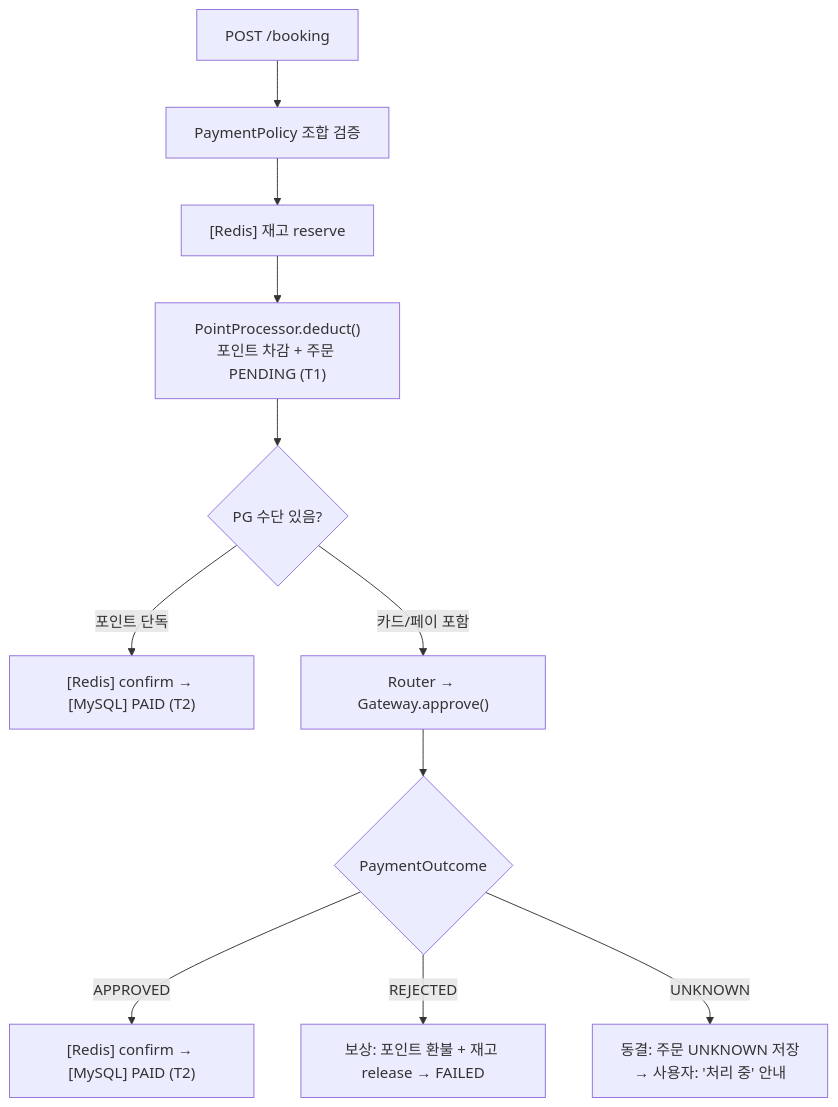
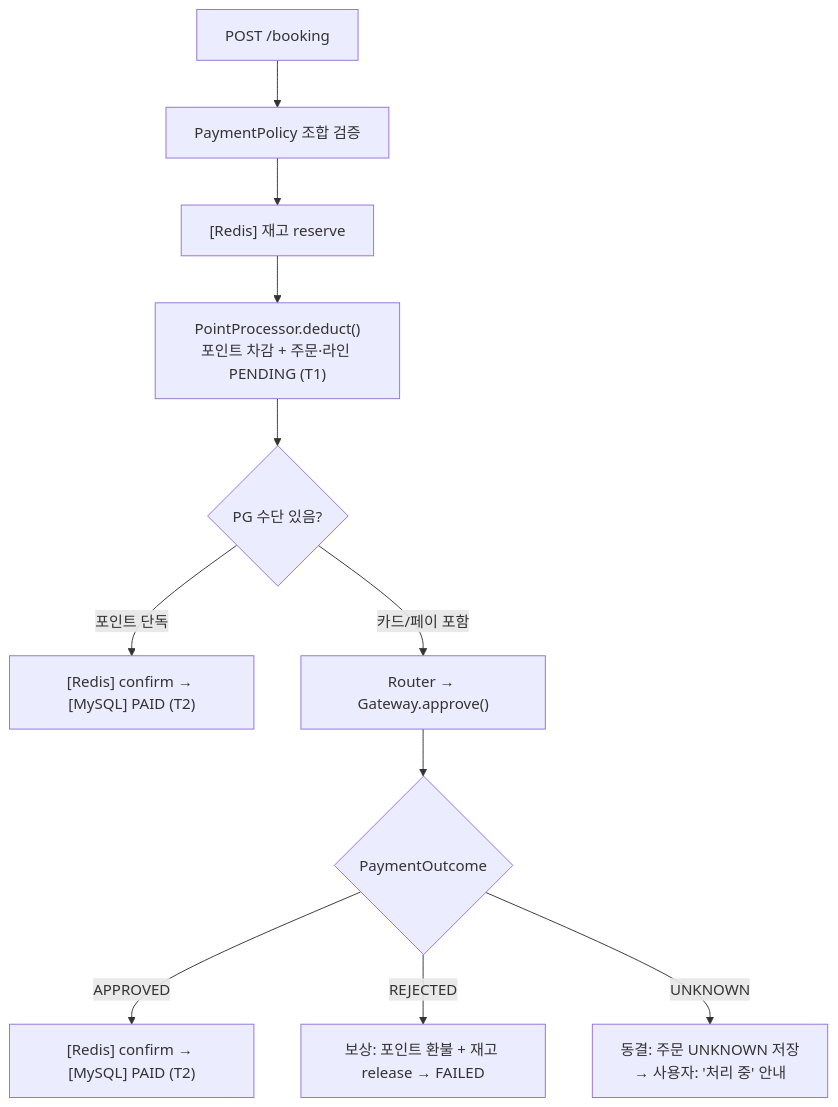
The first of 3 diagrams in docs/payment-design.md (chaney1475/booking-service), drawn with Mermaid before and after one commit. The commit also changed other lines of this file and 6 other files, not shown here.

````diff
--- a/docs/payment-design.md
+++ b/docs/payment-design.md
@@ -92,13 +92,13 @@
 ```mermaid
 flowchart TD
     A["POST /booking"] --> B["PaymentPolicy 조합 검증"]
     B --> C["[Redis] 재고 reserve"]
-    C --> D["PointProcessor.deduct()\n포인트 차감 + 주문 PENDING (T1)"]
+    C --> D["PointProcessor.deduct()\n포인트 차감 + 주문·라인 PENDING (T1)"]
     D --> E{"PG 수단 있음?"}
     E -->|포인트 단독| F["[Redis] confirm → [MySQL] PAID (T2)"]
     E -->|카드/페이 포함| G["Router → Gateway.approve()"]
     G --> H{"PaymentOutcome"}
     H -->|APPROVED| I["[Redis] confirm → [MySQL] PAID (T2)"]
     H -->|REJECTED| J["보상: 포인트 환불 + 재고 release → FAILED"]
     H -->|UNKNOWN| K["동결: 주문 UNKNOWN 저장\n→ 사용자: '처리 중' 안내"]
 ```
````
